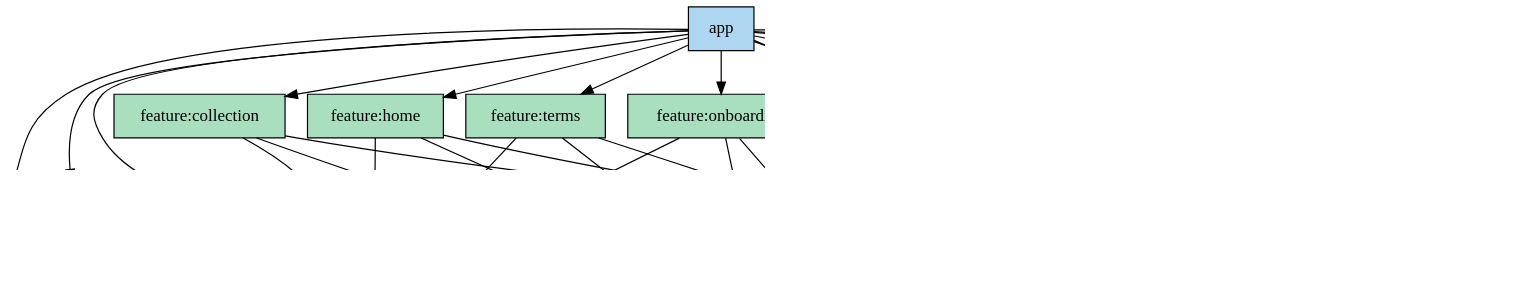
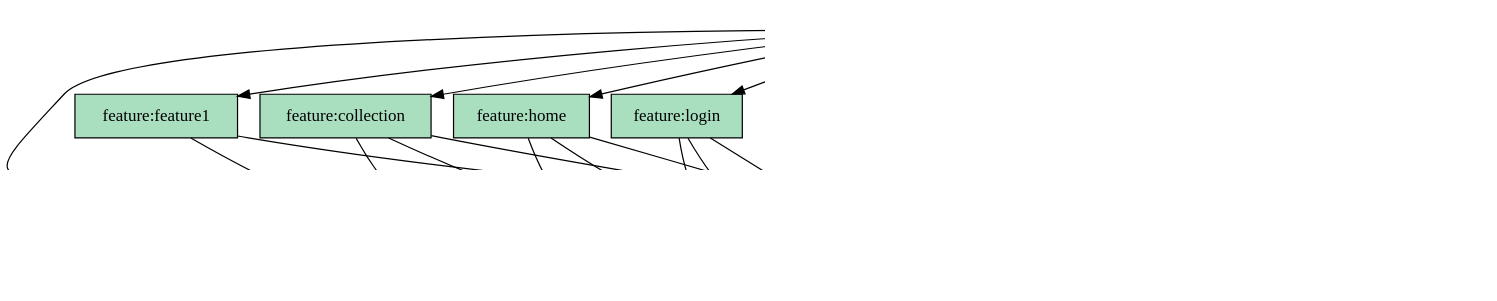
One commit to soma17th-369/Laimory-android changed the diagram in docs/dependency-graph/modules.dot. Above: the diagram before and after it, drawn with Graphviz. The commit also changed 2 other files, not shown here.

```diff
--- a/docs/dependency-graph/modules.dot
+++ b/docs/dependency-graph/modules.dot
@@ -1,61 +1,64 @@
 digraph "modules" {
 edge ["dir"="forward"]
 graph ["dpi"="150" "rankdir"="TB"]
 node ["shape"="rectangle" "style"="filled"]
 
 "app" ["label"="app" "fillcolor"="#AED6F1"]
 "core-collection" ["label"="core:collection" "fillcolor"="#FAD7A0"]
 "core-data" ["label"="core:data" "fillcolor"="#FAD7A0"]
 "core-domain" ["label"="core:domain" "fillcolor"="#D2B4DE"]
 "core-ui" ["label"="core:ui" "fillcolor"="#FAD7A0"]
 "core-util" ["label"="core:util" "fillcolor"="#FAD7A0"]
 "feature-collection" ["label"="feature:collection" "fillcolor"="#A9DFBF"]
 "feature-feature1" ["label"="feature:feature1" "fillcolor"="#A9DFBF"]
 "feature-home" ["label"="feature:home" "fillcolor"="#A9DFBF"]
 "feature-login" ["label"="feature:login" "fillcolor"="#A9DFBF"]
 "feature-onboarding" ["label"="feature:onboarding" "fillcolor"="#A9DFBF"]
 "feature-settings" ["label"="feature:settings" "fillcolor"="#A9DFBF"]
 "feature-terms" ["label"="feature:terms" "fillcolor"="#A9DFBF"]
 "feature-timeline" ["label"="feature:timeline" "fillcolor"="#A9DFBF"]
 
 // edges
 "app" -> "core-collection"
 "app" -> "core-data"
 "app" -> "core-domain"
 "app" -> "core-ui"
 "app" -> "core-util"
 "app" -> "feature-collection"
 "app" -> "feature-feature1"
 "app" -> "feature-home"
 "app" -> "feature-login"
 "app" -> "feature-onboarding"
 "app" -> "feature-settings"
 "app" -> "feature-terms"
 "app" -> "feature-timeline"
 "core-collection" -> "core-domain"
 "core-collection" -> "core-util"
 "core-data" -> "core-domain"
 "core-data" -> "core-util"
 "core-ui" -> "core-domain"
 "core-ui" -> "core-util"
 "feature-collection" -> "core-domain"
 "feature-collection" -> "core-ui"
 "feature-collection" -> "core-util"
 "feature-feature1" -> "core-domain"
 "feature-feature1" -> "core-ui"
 "feature-home" -> "core-domain"
 "feature-home" -> "core-ui"
 "feature-home" -> "core-util"
 "feature-login" -> "core-domain"
 "feature-login" -> "core-ui"
+"feature-login" -> "core-util"
 "feature-onboarding" -> "core-domain"
 "feature-onboarding" -> "core-ui"
 "feature-onboarding" -> "core-util"
 "feature-settings" -> "core-domain"
 "feature-settings" -> "core-ui"
+"feature-settings" -> "core-util"
 "feature-terms" -> "core-domain"
 "feature-terms" -> "core-ui"
 "feature-terms" -> "core-util"
 "feature-timeline" -> "core-domain"
 "feature-timeline" -> "core-ui"
+"feature-timeline" -> "core-util"
 }
```
